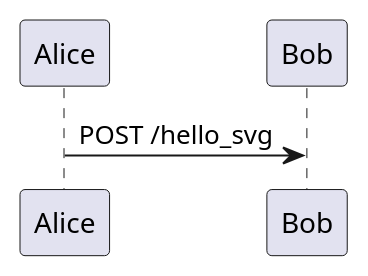
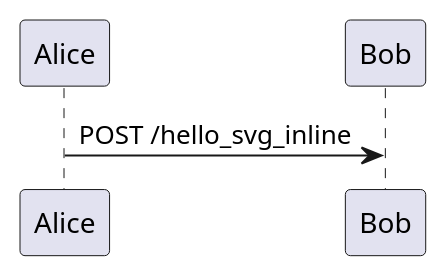
The second of 3 diagrams in README.md (hugojosefson/docker-markdown), drawn with PlantUML before and after one commit. The commit also changed 1 other file, not shown here.

Commit message:
docs: switch example to svg_inline

````diff
--- a/README.md
+++ b/README.md
@@ -42,5 +42,5 @@
-```plantuml format="svg"
+```plantuml format="svg_inline"
 @startuml
-Alice -> Bob : POST /hello_svg
+Alice -> Bob : POST /hello_svg_inline
 @enduml
 ```
````
